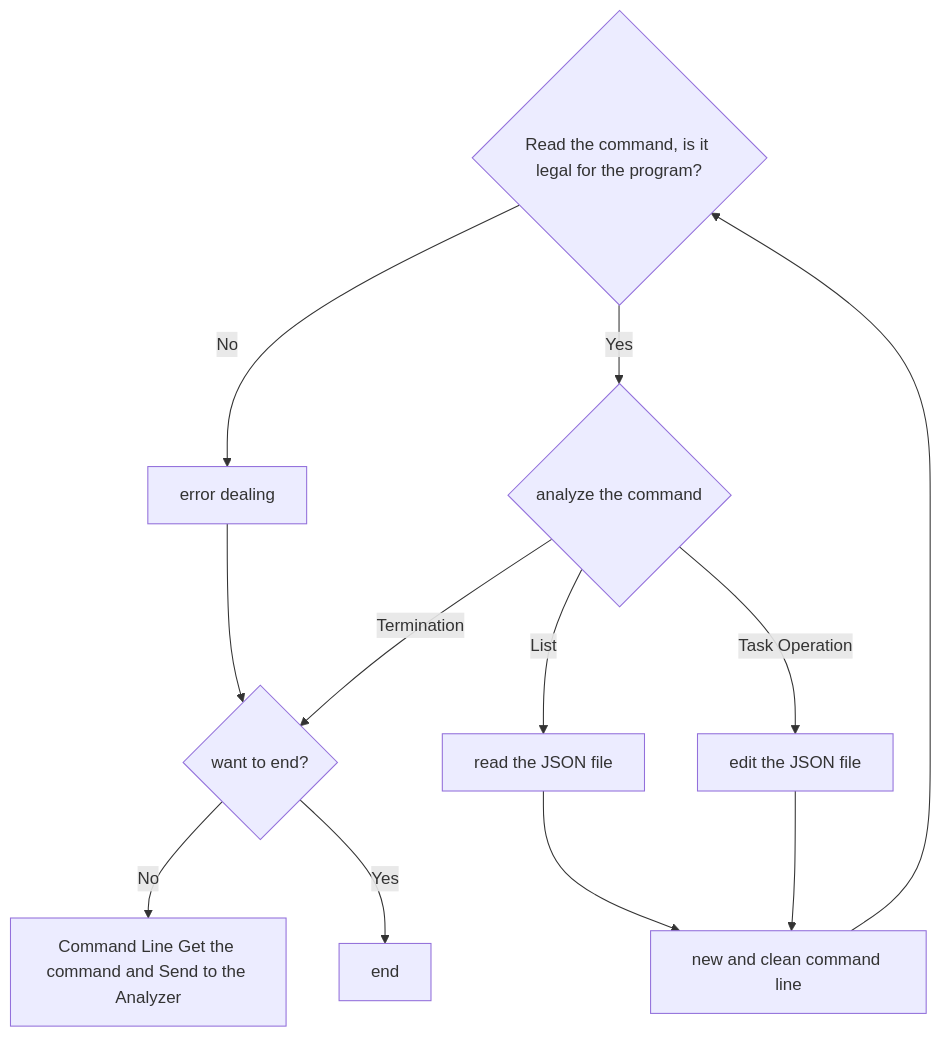
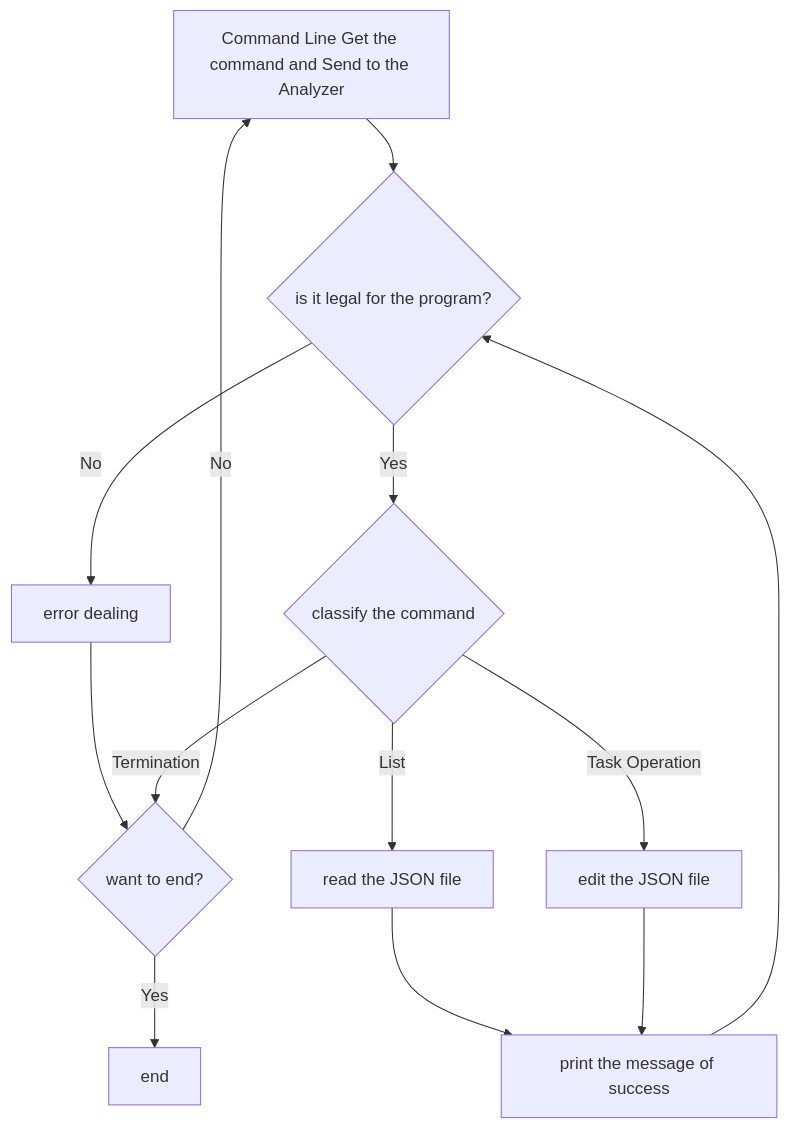
The diagram in README.md (onnjibo/tsk_tracker_cli), drawn with Mermaid before and after one commit.

````diff
--- a/README.md
+++ b/README.md
@@ -11,16 +11,16 @@
 ```mermaid
   graph TD
   A[Command Line Get the command and Send to the Analyzer]
-  B{Read the command, is it legal for the program?}
+  A --> B{is it legal for the program?}
   B --> |No| C[error dealing]
-  B --> |Yes| D{analyze the command}
+  B --> |Yes| D{classify the command}
   C --> F{want to end?}
   F --> |No| A
   F --> |Yes| E[end]
   D --> |List| M[read the JSON file]
   D --> |Task Operation| N[edit the JSON file]
   D --> |Termination| F
-  M --> P[new and clean command line]
+  M --> P[print the message of success]
   N --> P
   P --> B
 ```
````
